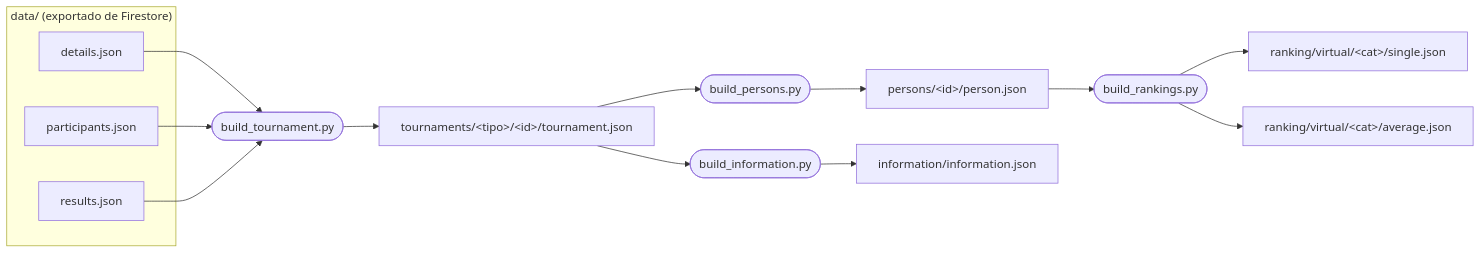
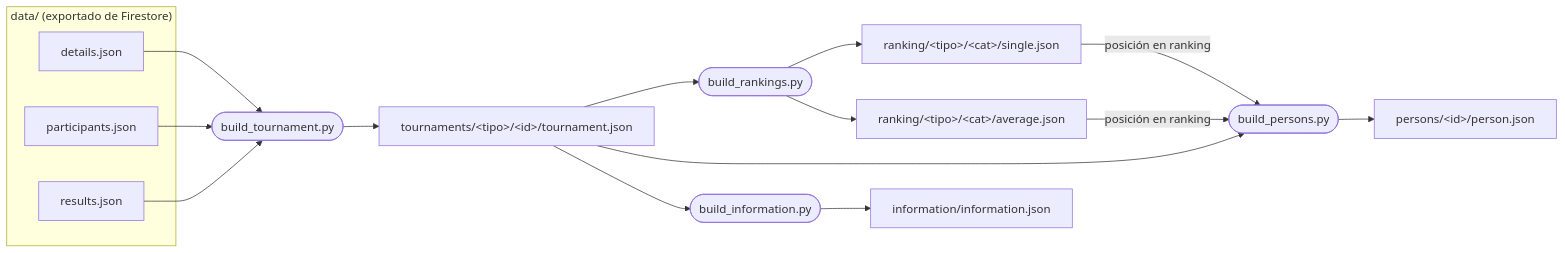
The diagram in README.md (LegionCubo/LegionCuboData), drawn with Mermaid before and after one commit. The commit also changed other lines of this file and 17 other files, not shown here.

Commit message:
add: podiums, history_lexo y posicion de ranking virtual

````diff
--- a/README.md
+++ b/README.md
@@ -7,21 +7,22 @@
 ```mermaid
 flowchart LR
     subgraph data["data/ (exportado de Firestore)"]
         D1[details.json]
         D2[participants.json]
         D3[results.json]
     end
 
     D1 & D2 & D3 --> S1([build_tournament.py])
     S1 --> T["tournaments/&lt;tipo&gt;/&lt;id&gt;/tournament.json"]
 
-    T --> S2([build_persons.py])
-    S2 --> P["persons/&lt;id&gt;/person.json"]
+    T --> S2([build_rankings.py])
+    S2 --> R1["ranking/&lt;tipo&gt;/&lt;cat&gt;/single.json"]
+    S2 --> R2["ranking/&lt;tipo&gt;/&lt;cat&gt;/average.json"]
 
-    P --> S3([build_rankings.py])
-    S3 --> R1["ranking/virtual/&lt;cat&gt;/single.json"]
-    S3 --> R2["ranking/virtual/&lt;cat&gt;/average.json"]
+    T --> S3([build_persons.py])
+    R1 & R2 -->|posición en ranking| S3
+    S3 --> P["persons/&lt;id&gt;/person.json"]
 
     T --> S4([build_information.py])
     S4 --> I["information/information.json"]
 ```
````
